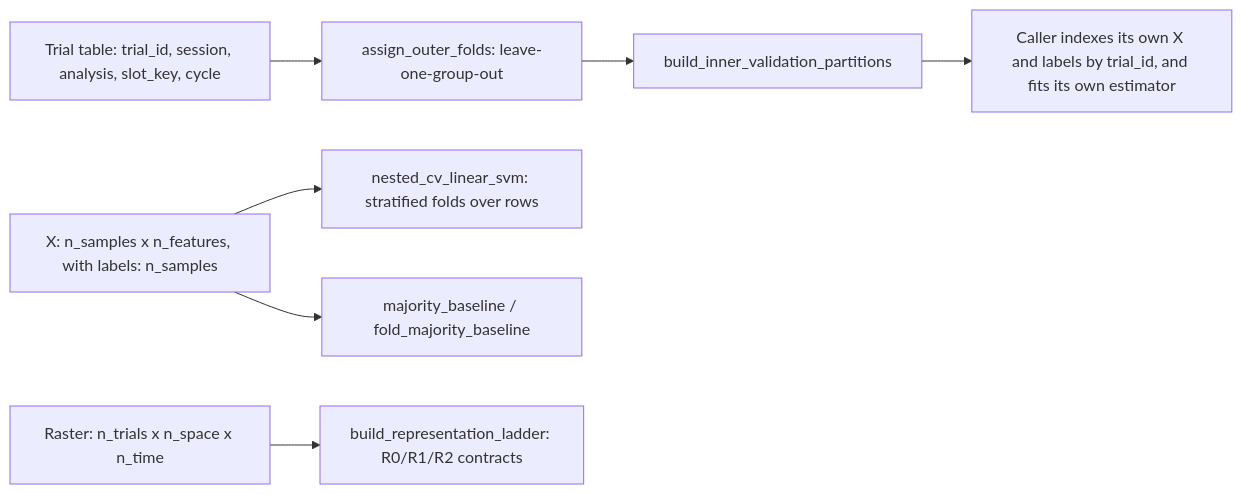
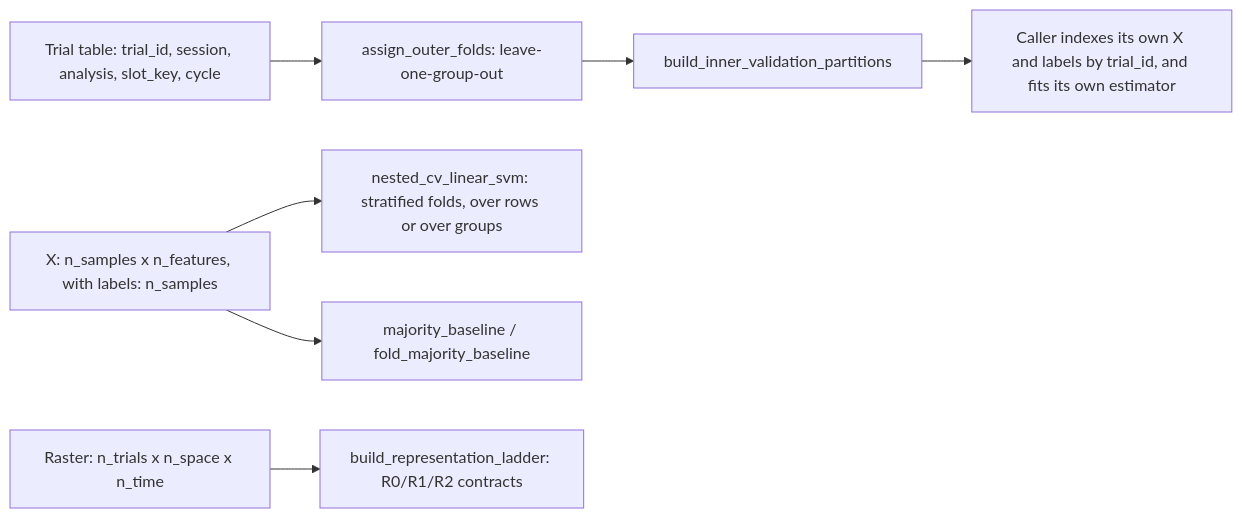
The diagram in docs/09_decoding_and_visual_qc.md (HNXJ/jnwb), drawn with Mermaid before and after one commit. The commit also changed other lines of this file and 7 other files, not shown here.

First line of the commit message:
decoding: nested_cv_linear_svm takes keyword-only groups= for grouped folds

````diff
--- a/docs/09_decoding_and_visual_qc.md
+++ b/docs/09_decoding_and_visual_qc.md
@@ -10,9 +10,9 @@
 ```mermaid
 graph LR
     Trials[Trial table: trial_id, session, analysis, slot_key, cycle] --> Outer[assign_outer_folds: leave-one-group-out]
     Outer --> Inner[build_inner_validation_partitions]
     Inner --> Apply[Caller indexes its own X and labels by trial_id, and fits its own estimator]
-    Feats[X: n_samples x n_features, with labels: n_samples] --> Train[nested_cv_linear_svm: stratified folds over rows]
+    Feats[X: n_samples x n_features, with labels: n_samples] --> Train[nested_cv_linear_svm: stratified folds, over rows or over groups]
     Feats --> Base[majority_baseline / fold_majority_baseline]
     Raster[Raster: n_trials x n_space x n_time] --> Ladder[build_representation_ladder: R0/R1/R2 contracts]
 ```
````
